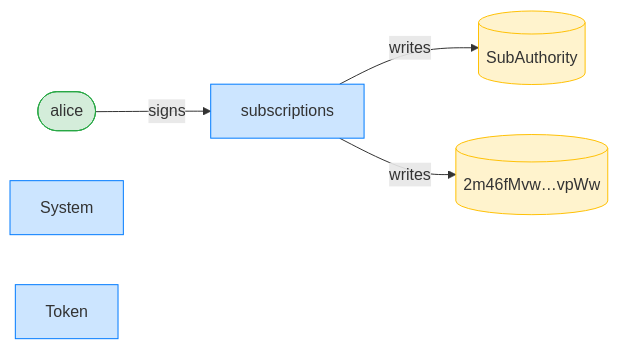
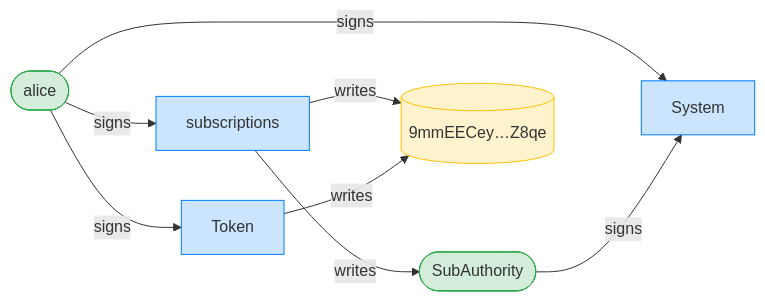
The third of 16 diagrams in dsl_tests/sponsor-recovers-a-no-expiry-fixed-delegation-after-the-authority-is-closed.md (cds-rs/subscriptions), drawn with Mermaid before and after one commit. The commit also changed other lines of this file and 224 other files, not shown here.

````diff
--- a/dsl_tests/sponsor-recovers-a-no-expiry-fixed-delegation-after-the-authority-is-closed.md
+++ b/dsl_tests/sponsor-recovers-a-no-expiry-fixed-delegation-after-the-authority-is-closed.md
@@ -53,15 +54,19 @@
 ```mermaid
 flowchart LR
     classDef signer fill:#d4edda,stroke:#28a745;
     classDef program fill:#cce5ff,stroke:#007bff;
     classDef writable fill:#fff3cd,stroke:#ffc107;
     subscriptions[subscriptions]:::program
     alice([alice]):::signer
-    SubAuthority[(SubAuthority)]:::writable
-    2m46fMvw_vpWw[("2m46fMvw…vpWw")]:::writable
+    SubAuthority([SubAuthority]):::signer
+    9mmEECey_Z8qe[("9mmEECey…Z8qe")]:::writable
     System[System]:::program
     Token[Token]:::program
     alice -->|signs| subscriptions
+    alice -->|signs| System
+    SubAuthority -->|signs| System
+    alice -->|signs| Token
     subscriptions -->|writes| SubAuthority
-    subscriptions -->|writes| 2m46fMvw_vpWw
+    subscriptions -->|writes| 9mmEECey_Z8qe
+    Token -->|writes| 9mmEECey_Z8qe
 ```
````
